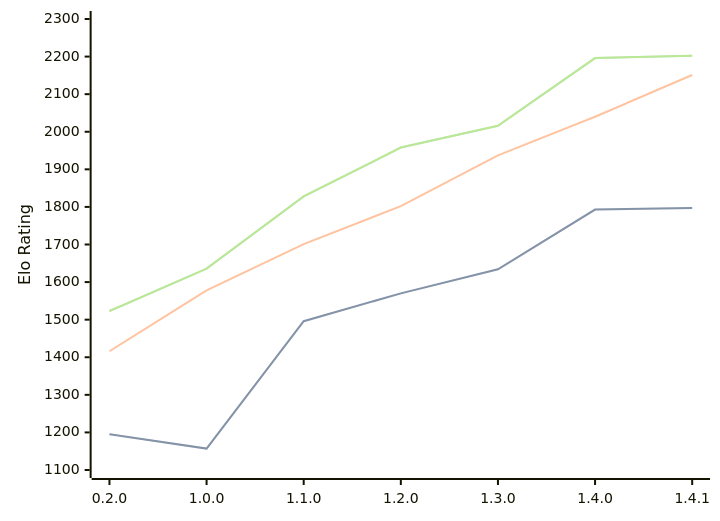
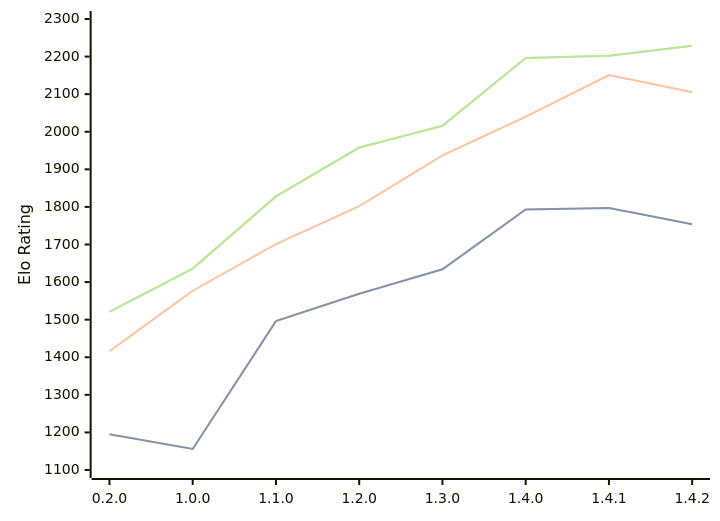
One commit to computer-chess-index/cci changed the diagram in engines/Zeppelin.md. Above: the diagram before and after it, drawn with Mermaid. The commit also changed other lines of this file, not shown here.

Commit message:
Update CCI Ratings (ELO VLTC) - 2026-03-24

````diff
--- a/engines/Zeppelin.md
+++ b/engines/Zeppelin.md
@@ -40,11 +40,11 @@
 ```mermaid
 %%{init: {"theme":"base","themeVariables":{"seriesColors:['#a3a3a3','#222221','#faa371']}}}%%
 xychart-beta
-  x-axis ["0.2.0", "1.0.0", "1.1.0", "1.2.0", "1.3.0", "1.4.0", "1.4.1"]
+  x-axis ["0.2.0", "1.0.0", "1.1.0", "1.2.0", "1.3.0", "1.4.0", "1.4.1", "1.4.2"]
   y-axis "Elo Rating" 1100 --> 2300
-  line "STC (8.0+0.08s)" [1195, 1157, 1496, 1570, 1634, 1793, 1797]
-  line "STC (8.0+0.08s)" [1195, 1157, 1496, 1570, 1634, 1793, 1797]
-  line "LTC (60.0+0.60s)" [1416, 1578, 1701, 1802, 1937, 2040, 2151]
-  line "VLTC (2m24s+1.12s)" [1523, 1636, 1828, 1958, 2016, 2196, 2202]
-  line "VLTC (2m24s+1.12s)" [1523, 1636, 1828, 1958, 2016, 2196, 2202]
+  line "STC (8.0+0.08s)" [1195, 1156, 1496, 1569, 1634, 1793, 1797, 1754]
+  line "STC (8.0+0.08s)" [1195, 1156, 1496, 1569, 1634, 1793, 1797, 1754]
+  line "LTC (60.0+0.60s)" [1416, 1577, 1701, 1802, 1937, 2040, 2151, 2105]
+  line "VLTC (2m24s+1.12s)" [1521, 1636, 1828, 1958, 2016, 2196, 2202, 2229]
+  line "VLTC (2m24s+1.12s)" [1521, 1636, 1828, 1958, 2016, 2196, 2202, 2229]
 ```
````
